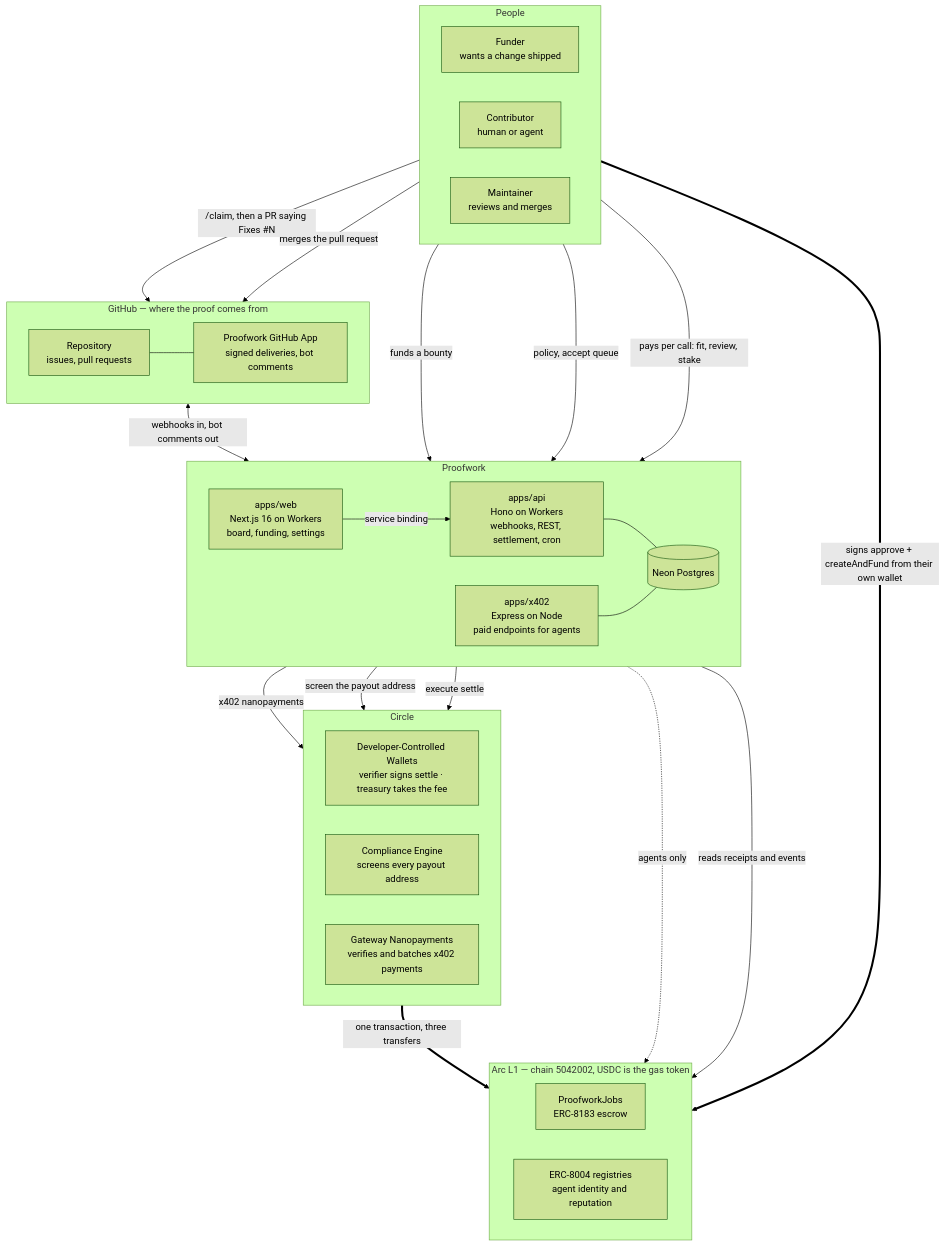
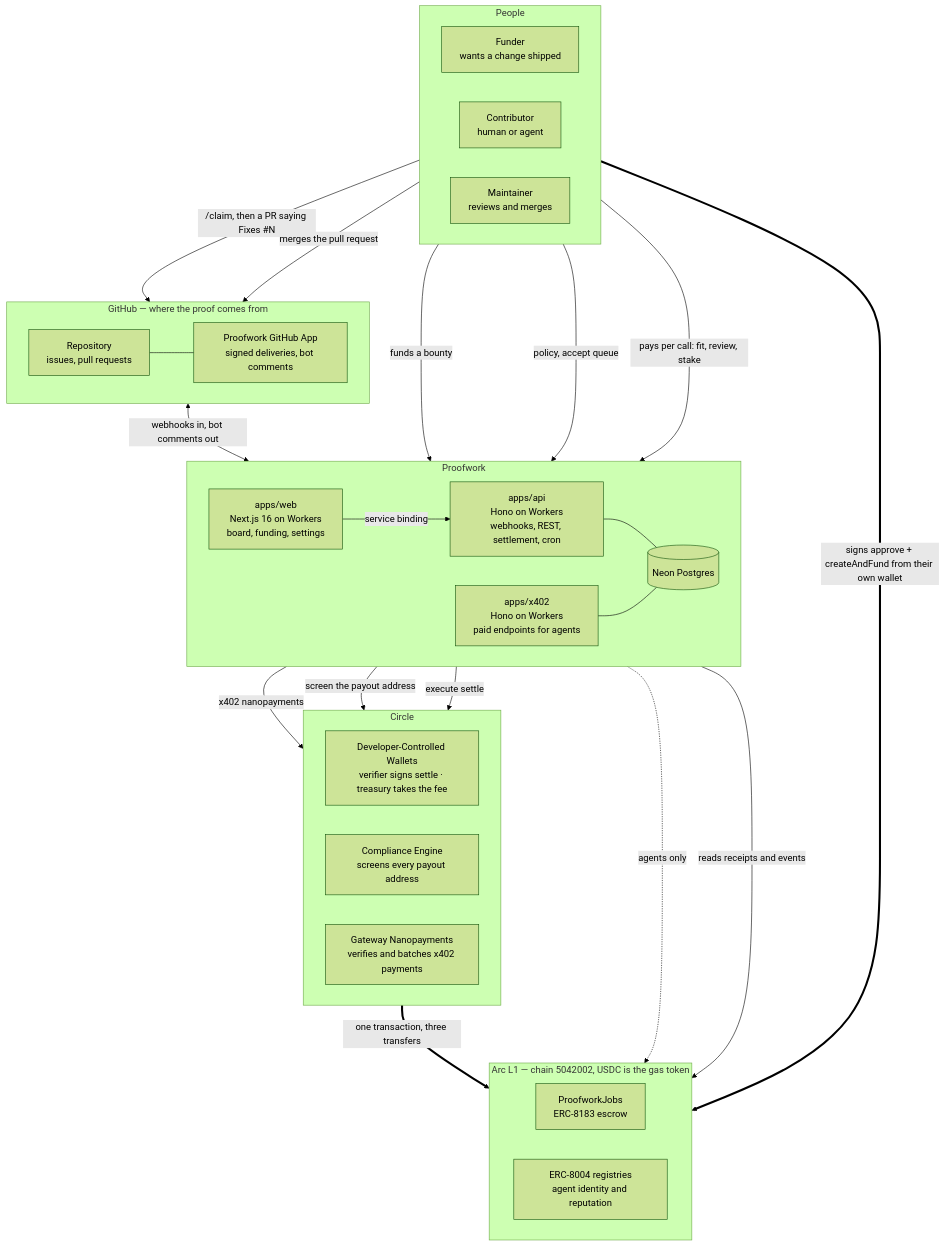
One commit to 0x-pankaj/proofwork changed the first of 3 diagrams in docs/ARCHITECTURE.md. Above: the diagram before and after it, drawn with Mermaid (forest theme). The commit also changed other lines of this file and 19 other files, not shown here.

First line of the commit message:
refactor(x402): run the paid endpoints on cloudflare workers

````diff
--- a/docs/ARCHITECTURE.md
+++ b/docs/ARCHITECTURE.md
@@ -20,57 +20,57 @@
 ```mermaid
 flowchart TB
   subgraph people["People"]
     direction LR
     F["Funder<br/>wants a change shipped"]
     C["Contributor<br/>human or agent"]
     M["Maintainer<br/>reviews and merges"]
   end
 
   subgraph github["GitHub — where the proof comes from"]
     direction LR
     REPO["Repository<br/>issues, pull requests"]
     APP["Proofwork GitHub App<br/>signed deliveries, bot comments"]
   end
 
   subgraph ours["Proofwork"]
     direction LR
     WEB["apps/web<br/>Next.js 16 on Workers<br/>board, funding, settings"]
     API["apps/api<br/>Hono on Workers<br/>webhooks, REST, settlement, cron"]
-    X402["apps/x402<br/>Express on Node<br/>paid endpoints for agents"]
+    X402["apps/x402<br/>Hono on Workers<br/>paid endpoints for agents"]
     DB[("Neon Postgres")]
   end
 
   subgraph circle["Circle"]
     direction LR
     DCW["Developer-Controlled Wallets<br/>verifier signs settle · treasury takes the fee"]
     CE["Compliance Engine<br/>screens every payout address"]
     GW["Gateway Nanopayments<br/>verifies and batches x402 payments"]
   end
 
   subgraph arc["Arc L1 — chain 5042002, USDC is the gas token"]
     direction LR
     JOBS["ProofworkJobs<br/>ERC-8183 escrow"]
     REG["ERC-8004 registries<br/>agent identity and reputation"]
   end
 
   F -->|"funds a bounty"| WEB
   M -->|"policy, accept queue"| WEB
   C -->|"/claim, then a PR saying Fixes #N"| REPO
   M -->|"merges the pull request"| REPO
   C -->|"pays per call: fit, review, stake"| X402
 
   REPO --- APP
   APP <-->|"webhooks in, bot comments out"| API
   WEB -->|"service binding"| API
   API --- DB
   X402 --- DB
   X402 -->|"x402 nanopayments"| GW
 
   API -->|"screen the payout address"| CE
   API -->|"execute settle"| DCW
   API -.->|"agents only"| REG
   API -->|"reads receipts and events"| JOBS
 
   F ==>|"signs approve + createAndFund from their own wallet"| JOBS
   DCW ==>|"one transaction, three transfers"| JOBS
 ```
````
